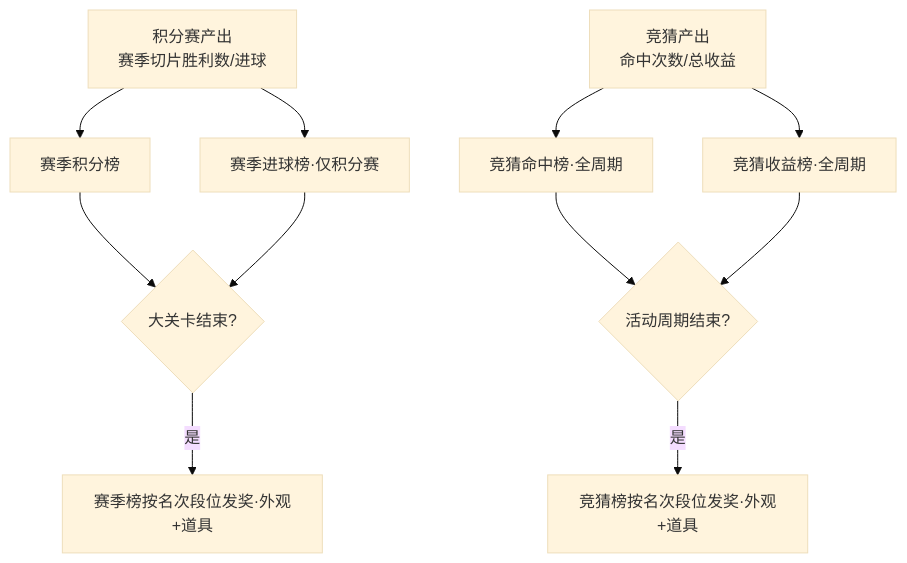
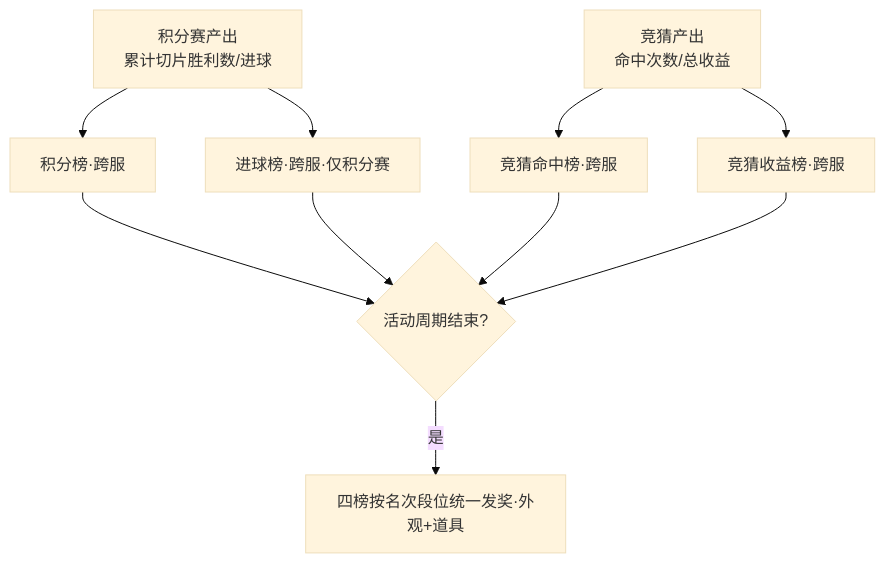
The eighth of 11 diagrams in output/2026世界杯主题活动-开发文档.md (RehearsalTap4Fun/MindToDoc), drawn with Mermaid (base theme) before and after one commit. The commit also changed other lines of this file, not shown here.

````diff
--- a/output/2026世界杯主题活动-开发文档.md
+++ b/output/2026世界杯主题活动-开发文档.md
@@ -803,13 +800,12 @@
 ```mermaid
 flowchart TD
-    A[积分赛产出<br/>赛季切片胜利数/进球] --> B[赛季积分榜]
-    A --> C[赛季进球榜·仅积分赛]
-    D[竞猜产出<br/>命中次数/总收益] --> E[竞猜命中榜·全周期]
-    D --> F[竞猜收益榜·全周期]
-    B --> G{大关卡结束?}
+    A[积分赛产出<br/>累计切片胜利数/进球] --> B[积分榜·跨服]
+    A --> C[进球榜·跨服·仅积分赛]
+    D[竞猜产出<br/>命中次数/总收益] --> E[竞猜命中榜·跨服]
+    D --> F[竞猜收益榜·跨服]
+    B --> G{活动周期结束?}
     C --> G
-    G -->|是| H[赛季榜按名次段位发奖·外观+道具]
-    E --> I{活动周期结束?}
-    F --> I
-    I -->|是| J[竞猜榜按名次段位发奖·外观+道具]
+    E --> G
+    F --> G
+    G -->|是| H[四榜按名次段位统一发奖·外观+道具]
 ```
````
